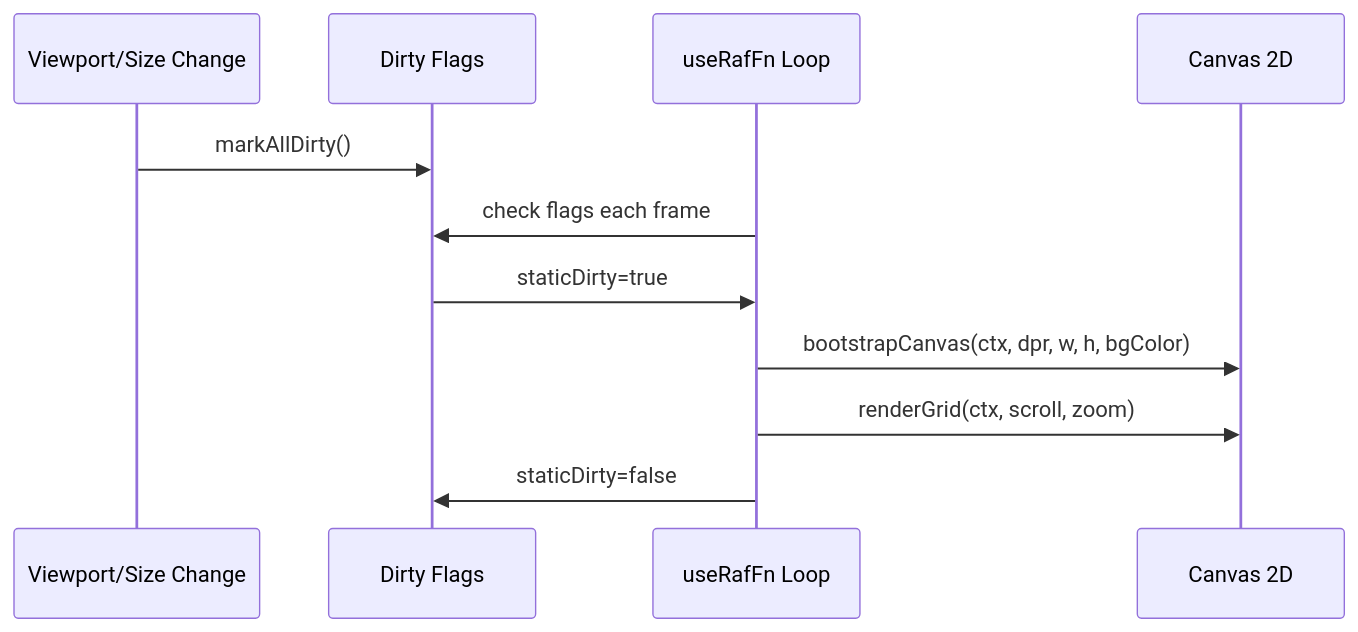
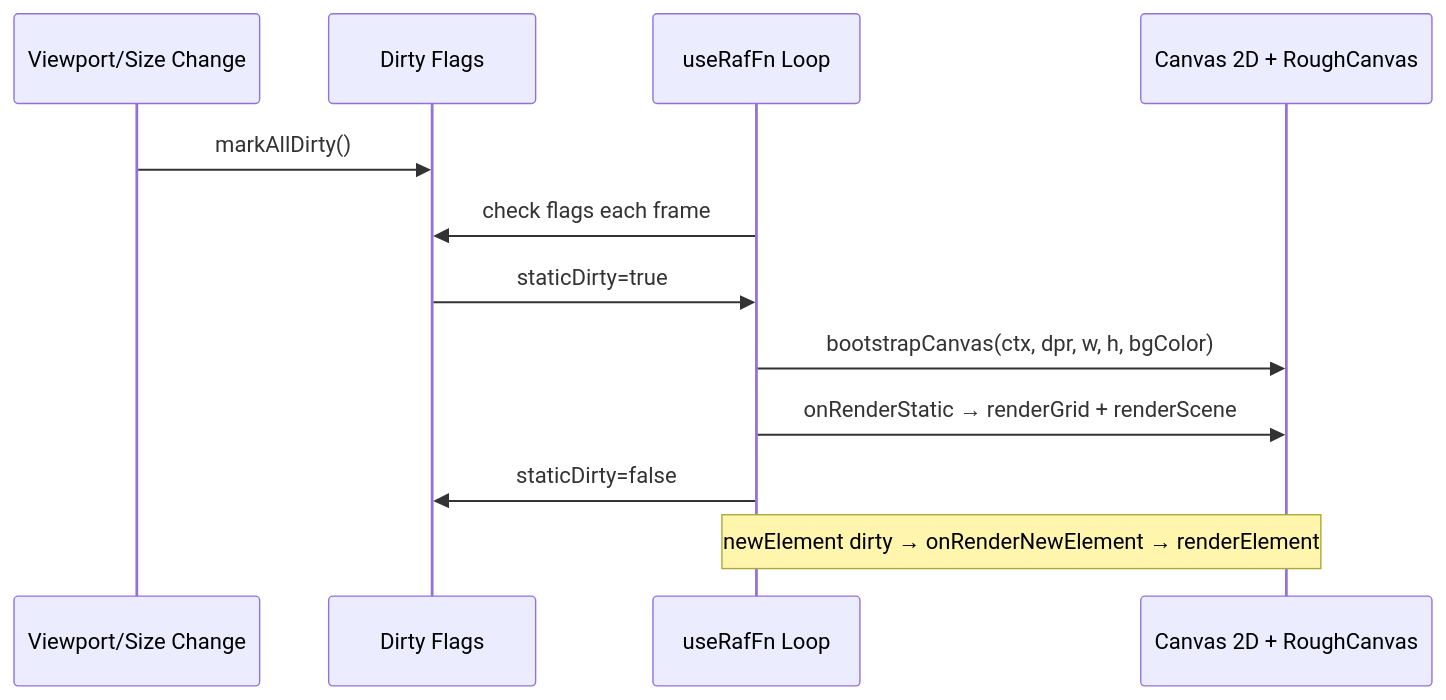
One commit to alexanderop/excalidrawNuxt changed the third of 7 diagrams in docs/SYSTEM_KNOWLEDGE_MAP.md. Above: the diagram before and after it, drawn with Mermaid. The commit also changed other lines of this file and 41 other files, not shown here.

````diff
--- a/docs/SYSTEM_KNOWLEDGE_MAP.md
+++ b/docs/SYSTEM_KNOWLEDGE_MAP.md
@@ -52,14 +83,15 @@
 ```mermaid
 sequenceDiagram
     participant State as Viewport/Size Change
     participant Dirty as Dirty Flags
     participant RAF as useRafFn Loop
-    participant Canvas as Canvas 2D
+    participant Canvas as Canvas 2D + RoughCanvas
 
     State->>Dirty: markAllDirty()
     RAF->>Dirty: check flags each frame
     Dirty->>RAF: staticDirty=true
     RAF->>Canvas: bootstrapCanvas(ctx, dpr, w, h, bgColor)
-    RAF->>Canvas: renderGrid(ctx, scroll, zoom)
+    RAF->>Canvas: onRenderStatic → renderGrid + renderScene
     RAF->>Dirty: staticDirty=false
+    Note over RAF,Canvas: newElement dirty → onRenderNewElement → renderElement
 ```
````
